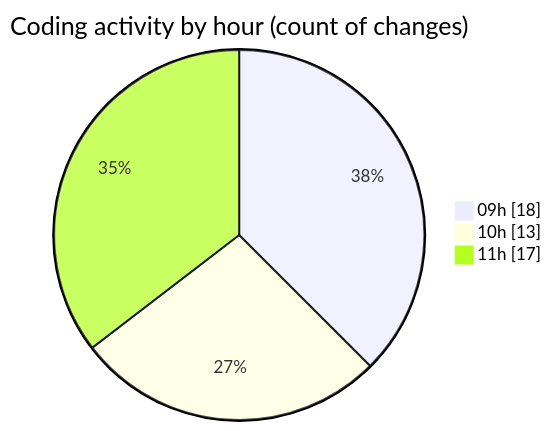
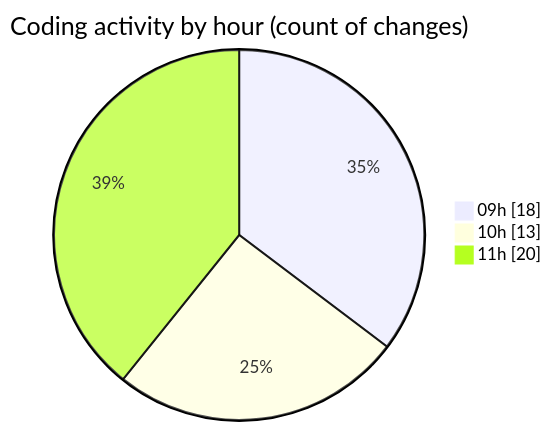
One commit to momahboobian/code-tracking changed the second of 2 diagrams in 2026-08-12/cda/README.md. Above: the diagram before and after it, drawn with Mermaid. The commit also changed other lines of this file and 1 other file, not shown here.

````diff
--- a/2026-08-12/cda/README.md
+++ b/2026-08-12/cda/README.md
@@ -51,7 +52,7 @@
 ```mermaid
 pie showData
 title Coding activity by hour (count of changes)
 "09h" : 18
 "10h" : 13
-"11h" : 17
+"11h" : 20
 ```
````
